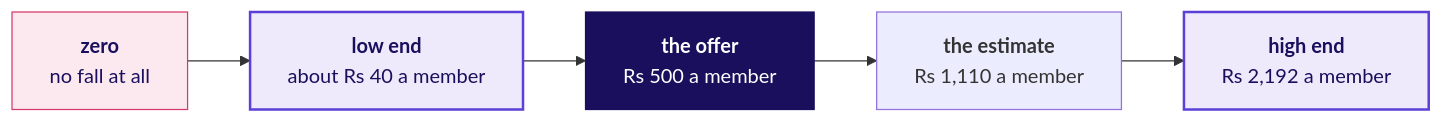
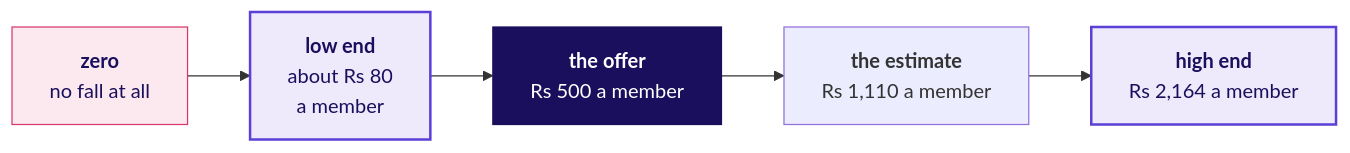
One commit to fde-academy-lab/c2-content-factory changed diagram 17 of 32 in content/W01/D4/slides/C2_W01_D04_half1_STUDENT.md. Above: the diagram before and after it, drawn with Mermaid. The commit also changed other lines of this file and 4 other files, not shown here.

````diff
--- a/content/W01/D4/slides/C2_W01_D04_half1_STUDENT.md
+++ b/content/W01/D4/slides/C2_W01_D04_half1_STUDENT.md
@@ -681,13 +703,13 @@
 ```mermaid
 flowchart LR
-    Z["<b>zero</b><br/>no fall at all"] --> L["<b>low end</b><br/>about Rs 40 a member"]
+    Z["<b>zero</b><br/>no fall at all"] --> L["<b>low end</b><br/>about Rs 80<br/>a member"]
     L --> O["<b>the offer</b><br/>Rs 500 a member"]
     O --> R["<b>the estimate</b><br/>Rs 1,110 a member"]
-    R --> H["<b>high end</b><br/>Rs 2,192 a member"]
+    R --> H["<b>high end</b><br/>Rs 2,164 a member"]
     classDef bad fill:#FBE9EF,stroke:#D63A6A,color:#1A0F5C
     classDef known fill:#EEEAFB,stroke:#5B3FD6,color:#1A0F5C,stroke-width:2px
     classDef bet fill:#1A0F5C,stroke:#1A0F5C,color:#FFFFFF
     class Z bad
     class L,H known
     class O bet
 ```
````
